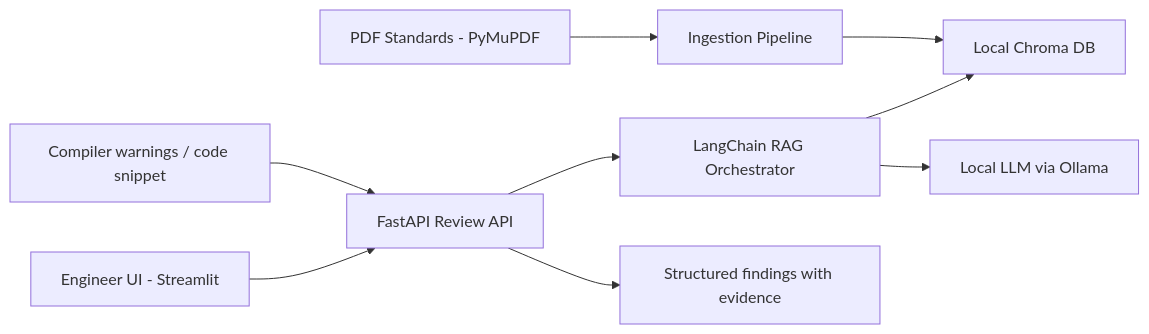
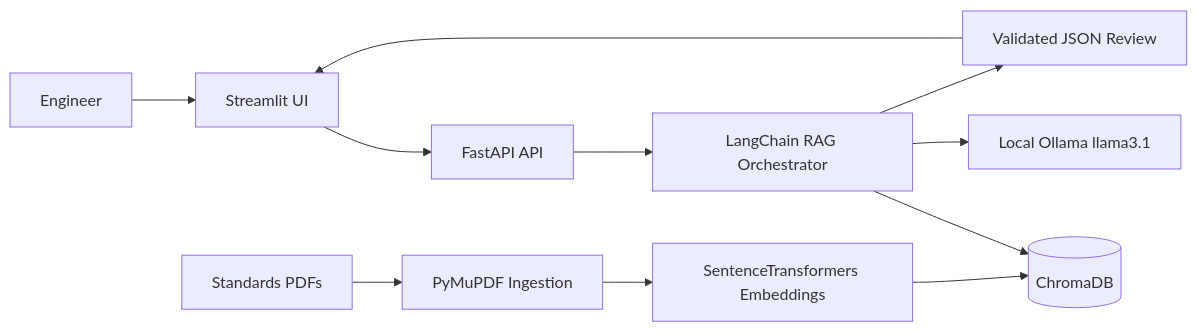
Before and after one commit to Karthikeya-B19/automotive-compliance-engine: the diagram in README.md, drawn with Mermaid. The commit also changed other lines of this file and 6 other files, not shown here.

````diff
--- a/README.md
+++ b/README.md
@@ -66,11 +19,13 @@
 ```mermaid
 flowchart LR
-    A[Engineer UI - Streamlit] --> B[FastAPI Review API]
-    B --> C[LangChain RAG Orchestrator]
-    C --> D[Local Chroma DB]
-    C --> E[Local LLM via Ollama]
-    F[PDF Standards - PyMuPDF] --> G[Ingestion Pipeline]
-    G --> D
-    H[Compiler warnings / code snippet] --> B
-    B --> I[Structured findings with evidence]
+    U[Engineer] --> S[Streamlit UI]
+    S --> F[FastAPI API]
+    F --> R[LangChain RAG Orchestrator]
+    R --> C[(ChromaDB)]
+    R --> O[Local Ollama llama3.1]
+    P[Standards PDFs] --> I[PyMuPDF Ingestion]
+    I --> E[SentenceTransformers Embeddings]
+    E --> C
+    R --> J[Validated JSON Review]
+    J --> S
 ```
````
